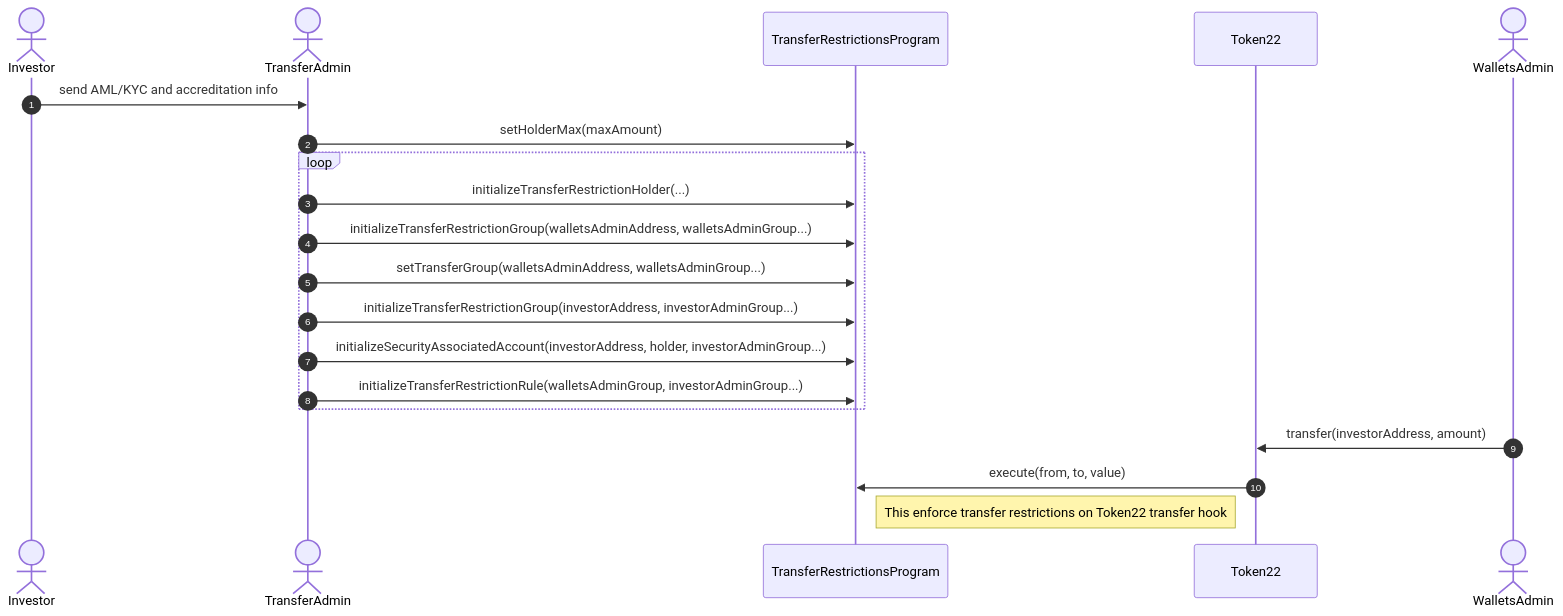
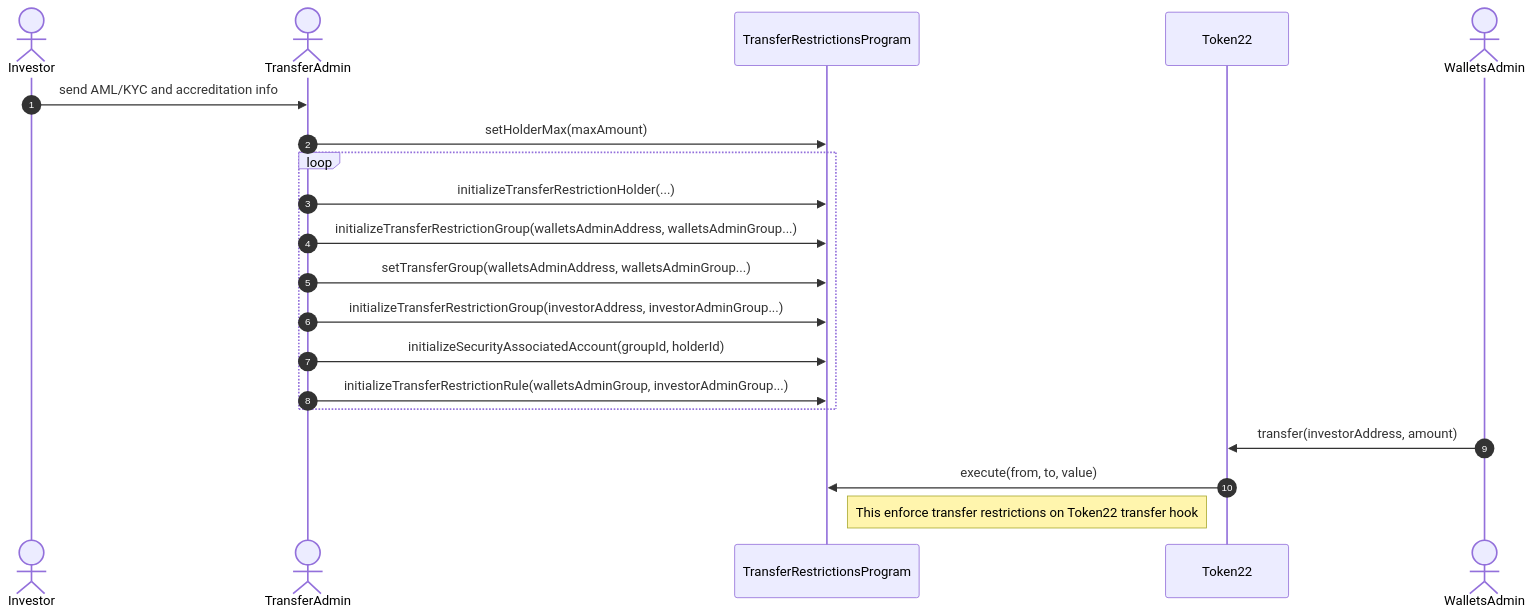
One commit to upsideos/upsideos-solana-rwa changed the fourth of 7 diagrams in README.md. Above: the diagram before and after it, drawn with Mermaid. The commit also changed other lines of this file and 38 other files, not shown here.

Commit message:
Add group and holder id to instuctions input

````diff
--- a/README.md
+++ b/README.md
@@ -464,25 +468,25 @@
 ```mermaid
 sequenceDiagram
   autonumber
   actor Investor
   actor TransferAdmin
 
   participant TransferRestrictionsProgram
   participant Token22
 
   actor WalletsAdmin
 
   Investor ->> TransferAdmin: send AML/KYC and accreditation info
   TransferAdmin ->> TransferRestrictionsProgram: setHolderMax(maxAmount)
   loop
     TransferAdmin ->> TransferRestrictionsProgram: initializeTransferRestrictionHolder(...)
     TransferAdmin ->> TransferRestrictionsProgram: initializeTransferRestrictionGroup(walletsAdminAddress, walletsAdminGroup...)
     TransferAdmin ->> TransferRestrictionsProgram: setTransferGroup(walletsAdminAddress, walletsAdminGroup...)
     TransferAdmin ->> TransferRestrictionsProgram: initializeTransferRestrictionGroup(investorAddress, investorAdminGroup...)
-    TransferAdmin ->> TransferRestrictionsProgram: initializeSecurityAssociatedAccount(investorAddress, holder, investorAdminGroup...)
+    TransferAdmin ->> TransferRestrictionsProgram: initializeSecurityAssociatedAccount(groupId, holderId)
     TransferAdmin ->> TransferRestrictionsProgram: initializeTransferRestrictionRule(walletsAdminGroup, investorAdminGroup...)
   end
   WalletsAdmin ->> Token22: transfer(investorAddress, amount)
   Token22 ->> TransferRestrictionsProgram: execute(from, to, value)
   Note right of TransferRestrictionsProgram: This enforce transfer restrictions on Token22 transfer hook
 ```
````
